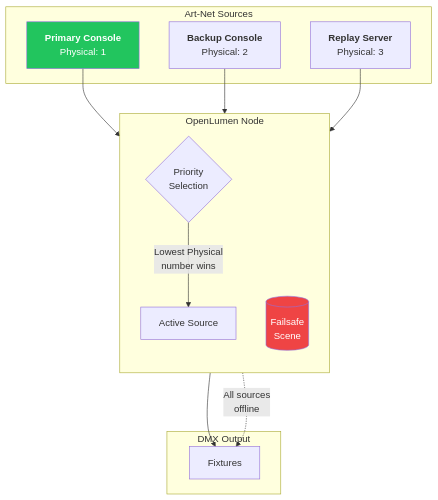
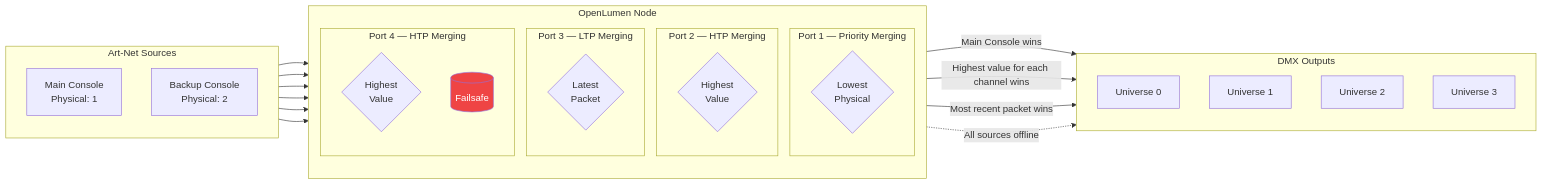
One commit to vongaisberg/openlumen changed the diagram in README.md. Above: the diagram before and after it, drawn with Mermaid. The commit also changed other lines of this file and 2 other files, not shown here.

Commit message:
Improve mermaid chart

````diff
--- a/README.md
+++ b/README.md
@@ -67,29 +113,47 @@
 ```mermaid
-flowchart TB
-    subgraph sources ["Art-Net Sources"]
-        S1["<b>Primary Console</b><br/>Physical: 1"]
-        S2["<b>Backup Console</b><br/>Physical: 2"]
-        S3["<b>Replay Server</b><br/>Physical: 3"]
+flowchart LR
+    subgraph sources [" Art-Net Sources "]
+        direction TB
+        S1["Main Console<br/>Physical: 1"]
+        S2["Backup Console<br/>Physical: 2"]
     end
 
-    subgraph node ["OpenLumen Node"]
+    subgraph node [" OpenLumen Node "]
         direction TB
-        MERGE{"Priority<br/>Selection"}
-        ACTIVE["Active Source"]
-        FAILSAFE[("Failsafe<br/>Scene")]
+        subgraph p1 [" Port 1 — Priority Merging "]
+            M1{"Lowest<br/>Physical"}
+        end
+        subgraph p2 [" Port 2 — HTP Merging "]
+            M2{"Highest<br/>Value"}
+        end
+        subgraph p3 [" Port 3 — LTP Merging "]
+            M3{"Latest<br/>Packet"}
+        end
+        subgraph p4 [" Port 4 — HTP Merging "]
+            M4{"Highest<br/>Value"}
+            FS4[("Failsafe")]
+        end
     end
 
-    subgraph output ["DMX Output"]
-        DMX["Fixtures"]
+    subgraph output [" DMX Outputs "]
+        direction TB
+        DMX1["Universe 0"]
+        DMX2["Universe 1"]
+        DMX3["Universe 2"]
+        DMX4["Universe 3"]
     end
 
-    S1 --> MERGE
-    S2 --> MERGE
-    S3 --> MERGE
-    MERGE -->|"Lowest Physical<br/>number wins"| ACTIVE
-    ACTIVE --> DMX
-    FAILSAFE -.->|"All sources<br/>offline"| DMX
+    S1 --> M1
+    S2 --> M1
+    S1 --> M2
+    S2 --> M2
+    S1 --> M3
+    S2 --> M3
 
-    style S1 fill:#22c55e,color:#fff
-    style FAILSAFE fill:#ef4444,color:#fff
+    M1 -->|"Main Console wins"| DMX1
+    M2 -->|"Highest value for each channel wins"| DMX2
+    M3 -->|"Most recent packet wins"| DMX3
+    FS4 -.->|"All sources offline"| DMX4
+
+    style FS4 fill:#ef4444,color:#fff
 ```
````
